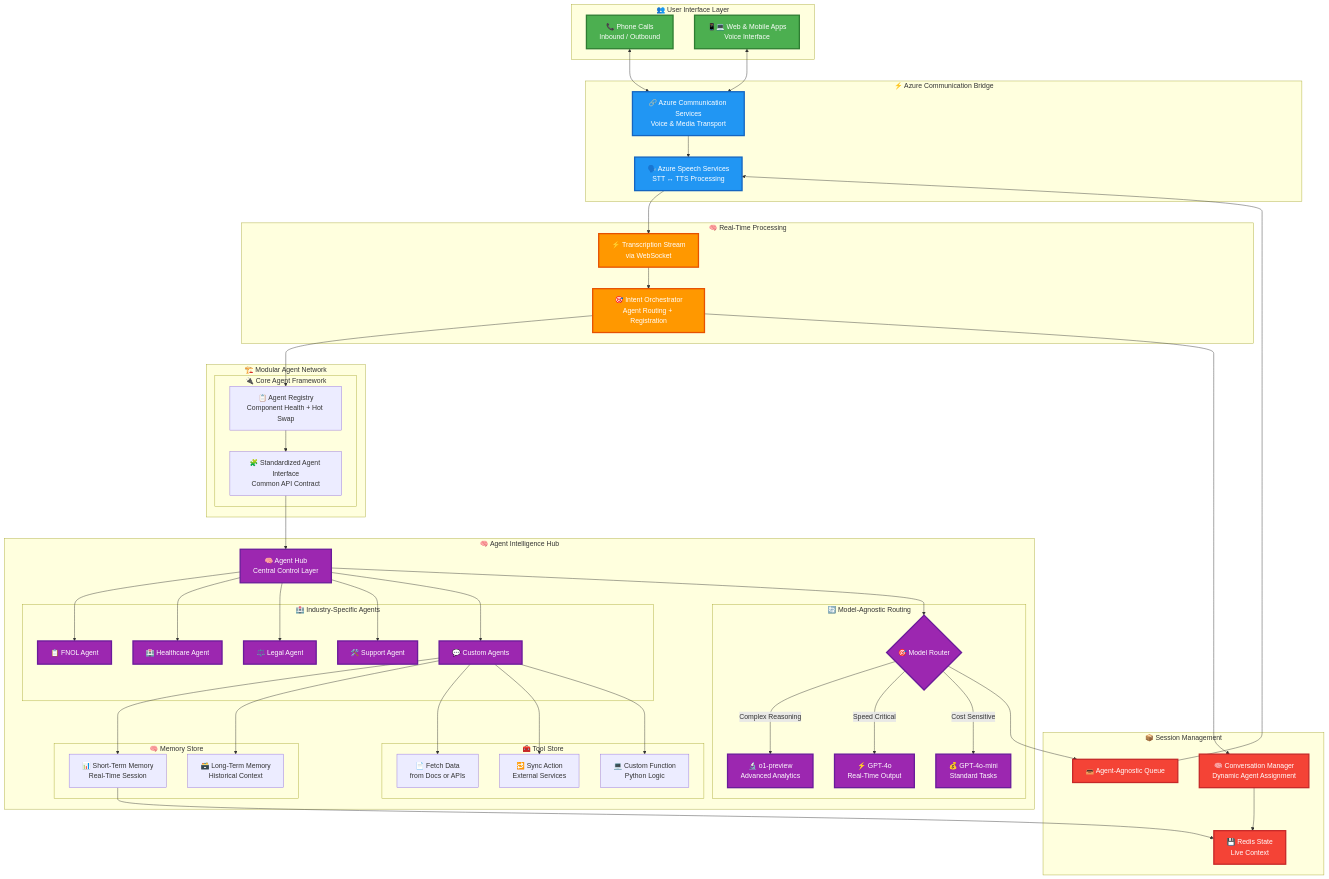
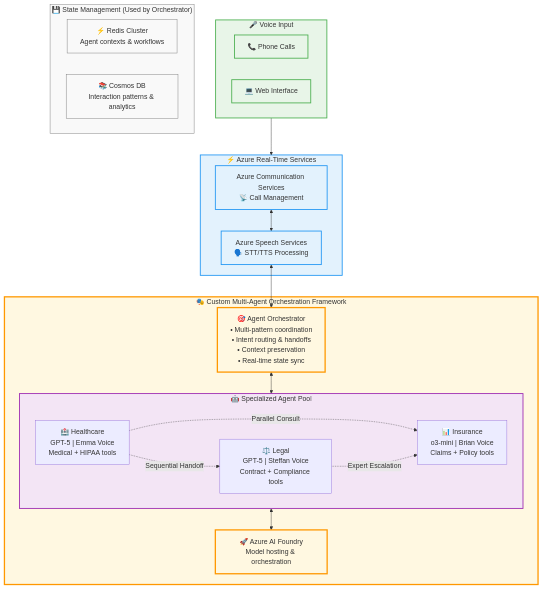
The first of 3 diagrams in docs/architecture/README.md (glavman/art-voice-agent-accelerator), drawn with Mermaid before and after one commit. The commit also changed other lines of this file and 7 other files, not shown here.

First line of the commit message:
Enhance documentation and architecture for ACS and LLM integration

````diff
--- a/docs/architecture/README.md
+++ b/docs/architecture/README.md
@@ -279,115 +159,61 @@
 ```mermaid
-flowchart TD
-    %% ─────────────────────────── User Interface Layer ─────────────────────────────
-    subgraph "👥 User Interface Layer"
-        Phone["📞 Phone Calls<br/>Inbound / Outbound"]
-        WebMobile["📱💻 Web & Mobile Apps<br/>Voice Interface"]
+flowchart TB
+    %% Input Layer
+    subgraph Input ["🎤 Voice Input"]
+        Phone[📞 Phone Calls]
+        WebApp[💻 Web Interface]
     end
+    
+    %% Azure Services Layer  
+    subgraph Azure ["⚡ Azure Real-Time Services"]
+        ACS[Azure Communication Services<br/>📡 Call Management]
+        Speech[Azure Speech Services<br/>🗣️ STT/TTS Processing]
+    end
+    
+    %% Custom Multi-Agent Orchestration Framework
+    subgraph Orchestration ["🎭 Custom Multi-Agent Orchestration Framework"]
+        Orchestrator[🎯 Agent Orchestrator<br/>• Multi-pattern coordination<br/>• Intent routing & handoffs<br/>• Context preservation<br/>• Real-time state sync]
+                
+        subgraph AgentPool ["🤖 Specialized Agent Pool"]
+            Healthcare["🏥 Healthcare<br/>GPT-5 | Emma Voice<br/>Medical + HIPAA tools"]
+            Insurance["📊 Insurance<br/>o3-mini | Brian Voice<br/>Claims + Policy tools"]
+            Legal["⚖️ Legal<br/>GPT-5 | Steffan Voice<br/>Contract + Compliance tools"]
 
-    %% ─────────────────────────── Communication Bridge ─────────────────────────────
-    subgraph "⚡ Azure Communication Bridge"
-        ACS["🔗 Azure Communication Services<br/>Voice & Media Transport"]
-        Speech["🗣️ Azure Speech Services<br/>STT ↔ TTS Processing"]
-    end
-
-    %% ─────────────────────────── AI Processing Engine ─────────────────────────────
-    subgraph "🧠 Real-Time Processing"
-        WebSocket["⚡ Transcription Stream<br/>via WebSocket"]
-        Orchestrator["🎯 Intent Orchestrator<br/>Agent Routing + Registration"]
-    end
-
-    %% ─────────────────────────── Core Agent Framework ─────────────────────────────
-    subgraph "🏗️ Modular Agent Network"
-        subgraph "🔌 Core Agent Framework"
-            AgentRegistry["📋 Agent Registry<br/>Component Health + Hot Swap"]
-            AgentInterface["🧩 Standardized Agent Interface<br/>Common API Contract"]
-        end
-    end
-
-    %% ─────────────────────────── Agent Intelligence Hub ───────────────────────────
-    subgraph "🧠 Agent Intelligence Hub"
-        AIHub["🧠 Agent Hub<br/>Central Control Layer"]
-
-        %% ── Subgraph: Model-Agnostic Reasoning
-        subgraph "🔄 Model-Agnostic Routing"
-            TaskRouter{🎯 Model Router}
-            TaskRouter -->|Complex Reasoning| O1["🔬 o1-preview<br/>Advanced Analytics"]
-            TaskRouter -->|Speed Critical| GPT4o["⚡ GPT-4o<br/>Real-Time Output"]
-            TaskRouter -->|Cost Sensitive| GPT4oMini["💰 GPT-4o-mini<br/>Standard Tasks"]
+            %% Agent coordination patterns
+            Healthcare -.->|"Sequential Handoff"| Legal
+            Healthcare -.->|"Parallel Consult"| Insurance
+            Legal -.->|"Expert Escalation"| Insurance
         end
 
-        %% ── Subgraph: Industry-Specific Agents
-        subgraph "🏥 Industry-Specific Agents"
-            FNOL["📋 FNOL Agent"]
-            Healthcare["🏥 Healthcare Agent"]
-            Legal["⚖️ Legal Agent"]
-            Support["🛠️ Support Agent"]
-            NAgents["💬 Custom Agents"]
-        end
+        AIFoundry["🚀 Azure AI Foundry<br/>Model hosting & orchestration"]
 
-        %% ── Subgraph: Memory Store
-        subgraph "🧠 Memory Store"
-            ShortTermMemory["📊 Short-Term Memory<br/>Real-Time Session"]
-            LongTermMemory["🗃️ Long-Term Memory<br/>Historical Context"]
-        end
-
-        %% ── Subgraph: Tool Store
-        subgraph "🧰 Tool Store"
-            FetchData["📄 Fetch Data<br/>from Docs or APIs"]
-            SyncAction["🔁 Sync Action<br/>External Services"]
-            CustomFunction["💻 Custom Function<br/>Python Logic"]
-        end
     end
-
-%% ─────────────────────────── Session Management ─────────────────────────────
-subgraph "📦 Session Management"
-    Queue["📥 Agent-Agnostic Queue"]
-    Redis["💾 Redis State<br/>Live Context"]
-    Manager["🧠 Conversation Manager<br/>Dynamic Agent Assignment"]
-end
-
-%% ─────────────────────────── Flow Connections ─────────────────────────────
-    Phone <--> ACS
-    WebMobile <--> ACS
-    ACS --> Speech
-    Speech --> WebSocket
-    WebSocket --> Orchestrator
-
-    Orchestrator --> AgentRegistry
-    AgentRegistry --> AgentInterface
-    AgentInterface --> AIHub
-
-    AIHub --> FNOL
-    AIHub --> Healthcare
-    AIHub --> Legal
-    AIHub --> Support
-    AIHub --> NAgents
-    AIHub --> TaskRouter
-
-    TaskRouter --> Queue
-    Queue --> Speech
-
-    Orchestrator --> Manager
-    Manager --> Redis
-    ShortTermMemory --> Redis
-
-    %% Tools & Memory Used by Custom Agents
-    NAgents --> ShortTermMemory
-    NAgents --> LongTermMemory
-    NAgents --> FetchData
-    NAgents --> SyncAction
-    NAgents --> CustomFunction
-
-    %% ─────────────────────────── Styles ─────────────────────────────
-    classDef user fill:#4CAF50,stroke:#2E7D32,stroke-width:3px,color:#FFFFFF
-    classDef bridge fill:#2196F3,stroke:#1565C0,stroke-width:3px,color:#FFFFFF
-    classDef process fill:#FF9800,stroke:#E65100,stroke-width:3px,color:#FFFFFF
-    classDef agent fill:#9C27B0,stroke:#6A1B9A,stroke-width:3px,color:#FFFFFF
-    classDef infra fill:#F44336,stroke:#C62828,stroke-width:3px,color:#FFFFFF
-
-    class Phone,WebMobile user
-    class ACS,Speech bridge
-    class WebSocket,Orchestrator process
-    class FNOL,Healthcare,Legal,Support,NAgents,AIHub,O1,GPT4o,GPT4oMini,TaskRouter agent
-    class Queue,Redis,Manager infra
+    
+    %% State Layer (implied usage, no explicit connections)
+    subgraph StateLayer ["💾 State Management (Used by Orchestrator)"]
+        Redis[⚡ Redis Cluster<br/>Agent contexts & workflows]
+        Cosmos[📚 Cosmos DB<br/>Interaction patterns & analytics]
+    end
+    
+    %% Core Flow (simplified)
+    Input --> Azure
+    
+    %% Essential Connections Only
+    ACS <--> Speech
+    Speech <--> Orchestrator
+    Orchestrator <--> AgentPool
+    AgentPool <--> AIFoundry
+    
+    %% Styling
+    classDef input fill:#e8f5e8,stroke:#4caf50,stroke-width:2px
+    classDef azure fill:#e3f2fd,stroke:#2196f3,stroke-width:2px
+    classDef orchestration fill:#fff8e1,stroke:#ff9800,stroke-width:3px
+    classDef agent fill:#f3e5f5,stroke:#9c27b0,stroke-width:2px
+    classDef storage fill:#f9f9f9,stroke:#757575,stroke-width:1px
+    
+    class Input,Phone,WebApp input
+    class Azure,ACS,Speech azure
+    class Orchestration,Orchestrator,AIFoundry orchestration
+    class AgentPool,AuthAgent,FNOLAgent,CustomerAgent agent
+    class StateLayer,Redis,Cosmos storage
 ```
````
